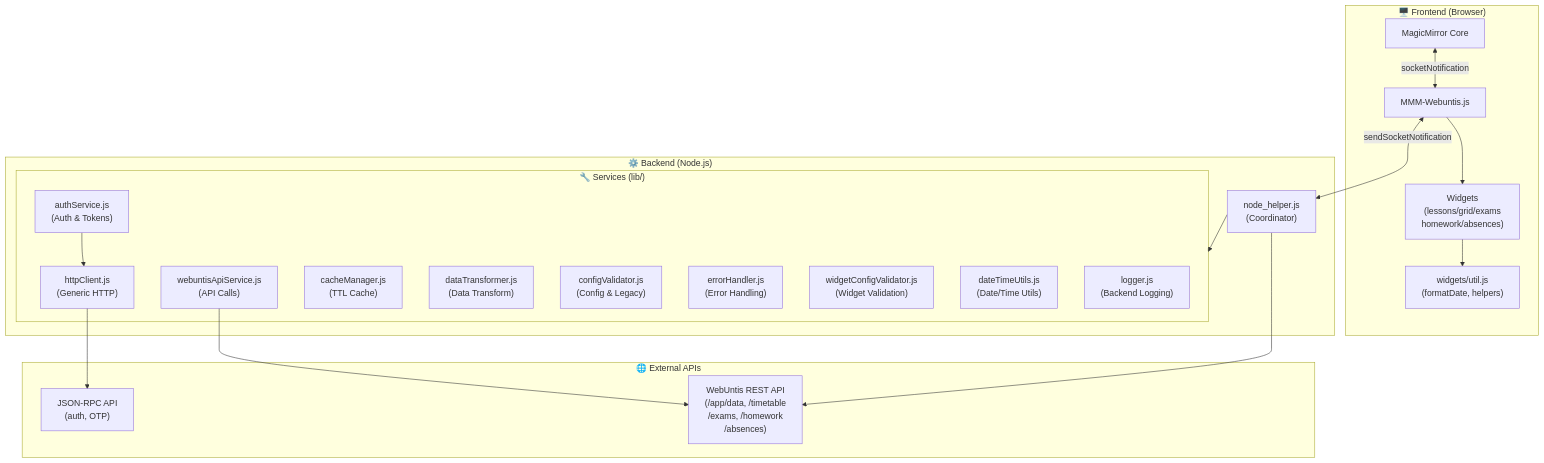
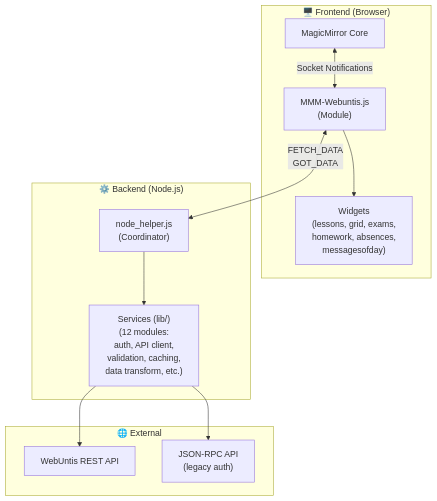
The diagram in README.md (HeikoGr/MMM-Webuntis), drawn with Mermaid before and after one commit. The commit also changed other lines of this file and 1 other file, not shown here.

Commit message:
docs: Update architecture documentation to reflect new services and data flow

````diff
--- a/README.md
+++ b/README.md
@@ -17,41 +17,25 @@
 ```mermaid
 graph TB
     subgraph Frontend["🖥️ Frontend (Browser)"]
         MM["MagicMirror Core"]
-        FE["MMM-Webuntis.js"]
-        Widgets["Widgets<br/>(lessons/grid/exams<br/>homework/absences)"]
-        Util["widgets/util.js<br/>(formatDate, helpers)"]
+        FE["MMM-Webuntis.js<br/>(Module)"]
+        Widgets["Widgets<br/>(lessons, grid, exams,<br/>homework, absences,<br/>messagesofday)"]
     end
 
     subgraph Backend["⚙️ Backend (Node.js)"]
         NH["node_helper.js<br/>(Coordinator)"]
-
-        subgraph Services["🔧 Services (lib/)"]
-            HttpClient["httpClient.js<br/>(Generic HTTP)"]
-            Auth["authService.js<br/>(Auth & Tokens)"]
-            API["webuntisApiService.js<br/>(API Calls)"]
-            Cache["cacheManager.js<br/>(TTL Cache)"]
-            Transform["dataTransformer.js<br/>(Data Transform)"]
-            Config["configValidator.js<br/>(Config & Legacy)"]
-            Errors["errorHandler.js<br/>(Error Handling)"]
-            Validators["widgetConfigValidator.js<br/>(Widget Validation)"]
-            DateTime["dateTimeUtils.js<br/>(Date/Time Utils)"]
-            Logger["logger.js<br/>(Backend Logging)"]
-        end
+        Services["Services (lib/)<br/>(12 modules:<br/>auth, API client,<br/>validation, caching,<br/>data transform, etc.)"]
     end
 
-    subgraph External["🌐 External APIs"]
-        REST["WebUntis REST API<br/>(/app/data, /timetable<br/>/exams, /homework<br/>/absences)"]
-        JSONRPC["JSON-RPC API<br/>(auth, OTP)"]
+    subgraph External["🌐 External"]
+        REST["WebUntis REST API"]
+        JSONRPC["JSON-RPC API<br/>(legacy auth)"]
     end
 
-    MM <-->|socketNotification| FE
-    FE <-->|sendSocketNotification| NH
+    MM <-->|Socket Notifications| FE
+    FE <-->|FETCH_DATA<br/>GOT_DATA| NH
     FE --> Widgets
-    Widgets --> Util
     NH --> Services
-    HttpClient --> JSONRPC
-    Auth --> HttpClient
-    API --> REST
-    NH --> REST
+    Services --> REST
+    Services --> JSONRPC
 ```
````
